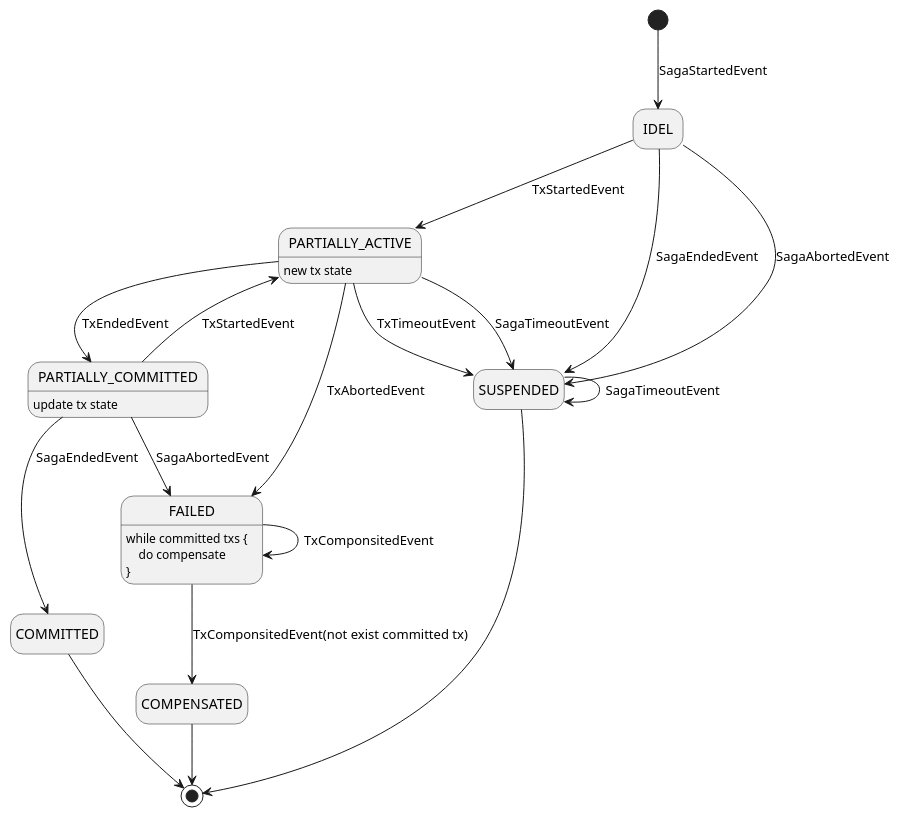
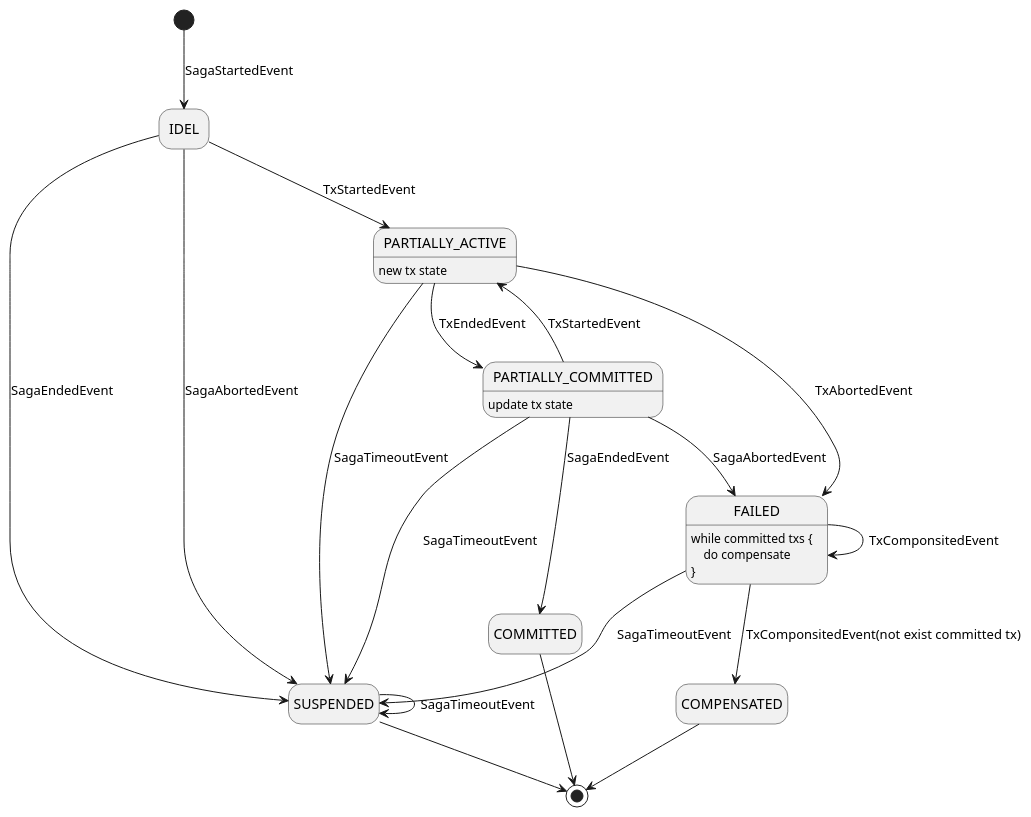
The diagram in state_machine_demo/saga-akkafsm/plantuml/saga-state-diagram.puml (coolbeevip/playground), drawn with PlantUML before and after one commit. The commit also changed 4 other files, not shown here.

Commit message:
增加场景时序图

```diff
--- a/state_machine_demo/saga-akkafsm/plantuml/saga-state-diagram.puml
+++ b/state_machine_demo/saga-akkafsm/plantuml/saga-state-diagram.puml
@@ -1,45 +1,47 @@
 @startuml
 hide empty description
 
 [*] --> IDEL : SagaStartedEvent
 
 IDEL --> PARTIALLY_ACTIVE : TxStartedEvent
 
 IDEL --> SUSPENDED : SagaEndedEvent
 
 IDEL --> SUSPENDED : SagaAbortedEvent
 
 PARTIALLY_COMMITTED --> COMMITTED : SagaEndedEvent
 
 PARTIALLY_COMMITTED --> PARTIALLY_ACTIVE : TxStartedEvent
 
 PARTIALLY_COMMITTED --> FAILED : SagaAbortedEvent
 
+PARTIALLY_COMMITTED --> SUSPENDED : SagaTimeoutEvent
+
 PARTIALLY_ACTIVE --> PARTIALLY_COMMITTED : TxEndedEvent
 
 PARTIALLY_ACTIVE --> FAILED : TxAbortedEvent
-
-PARTIALLY_ACTIVE --> SUSPENDED : TxTimeoutEvent
 
 PARTIALLY_ACTIVE --> SUSPENDED : SagaTimeoutEvent
 
 SUSPENDED --> SUSPENDED : SagaTimeoutEvent
 
 FAILED --> COMPENSATED : TxComponsitedEvent(not exist committed tx)
+
+FAILED --> SUSPENDED : SagaTimeoutEvent
 
 FAILED --> FAILED : TxComponsitedEvent
 
 COMPENSATED --> [*]
 
 COMMITTED --> [*]
 
 SUSPENDED --> [*]
 
 PARTIALLY_COMMITTED : update tx state
 
 PARTIALLY_ACTIVE : new tx state
 
 FAILED : while committed txs {\n    do compensate\n}
 
 
 @enduml
```
